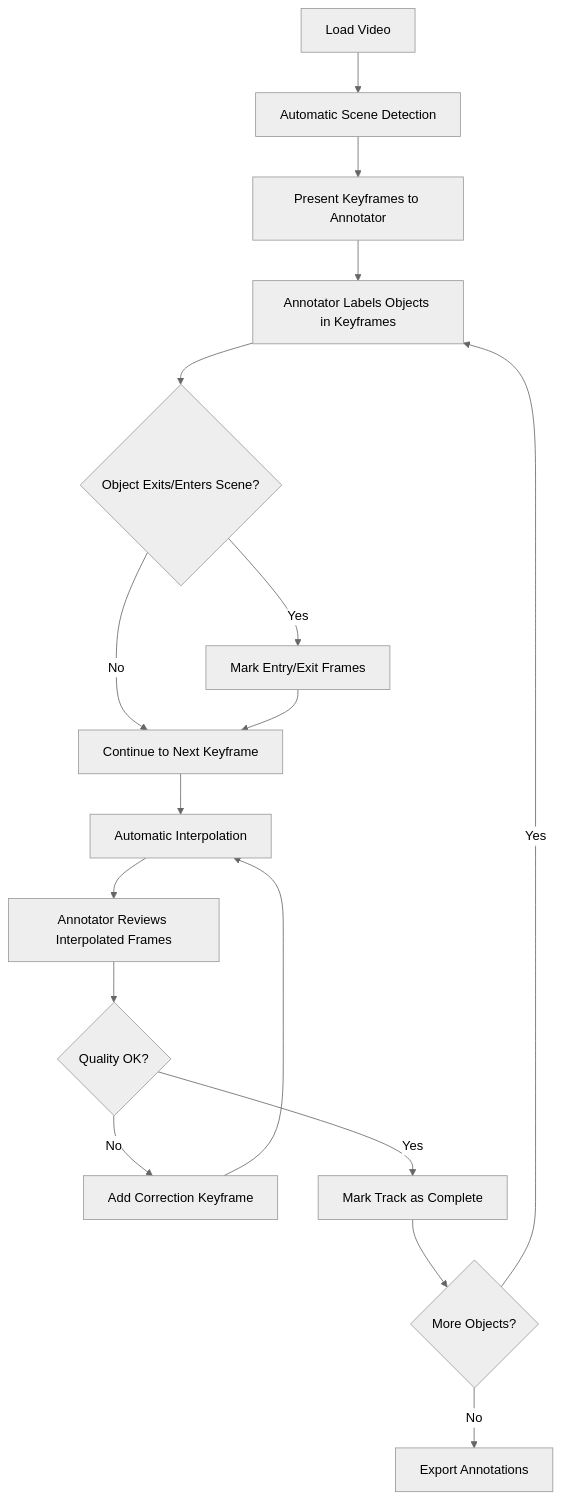
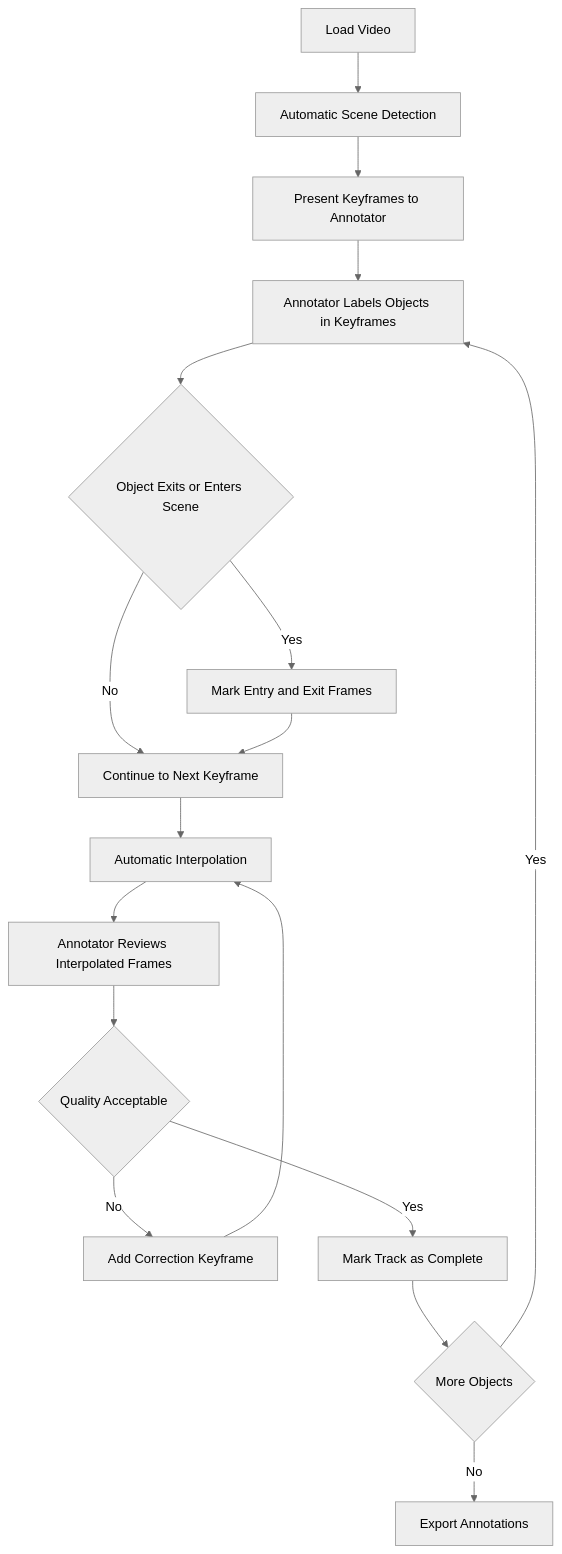
One commit to mikenguyen13/ai_in_action changed the first of 2 diagrams in data_annotation.qmd. Above: the diagram before and after it, drawn with Mermaid (neutral theme). The commit also changed other lines of this file and 52 other files, not shown here.

Commit message:
Fix Mermaid rendering in 22 chapters: remove ampersands and br tags from node labels, move detail to tables

````diff
--- a/data_annotation.qmd
+++ b/data_annotation.qmd
@@ -1082,22 +1082,22 @@
 ```{mermaid}
 %%| label: fig-video-workflow
 %%| fig-cap: "Keyframe-based video annotation workflow"
 
 flowchart TD
-    A[Load Video] --> B[Automatic Scene Detection]
-    B --> C[Present Keyframes to Annotator]
-    C --> D[Annotator Labels Objects in Keyframes]
-    D --> E{Object Exits/Enters Scene?}
-    E -->|Yes| F[Mark Entry/Exit Frames]
-    E -->|No| G[Continue to Next Keyframe]
+    A["Load Video"] --> B["Automatic Scene Detection"]
+    B --> C["Present Keyframes to Annotator"]
+    C --> D["Annotator Labels Objects in Keyframes"]
+    D --> E{"Object Exits or Enters Scene"}
+    E -->|Yes| F["Mark Entry and Exit Frames"]
+    E -->|No| G["Continue to Next Keyframe"]
     F --> G
-    G --> H[Automatic Interpolation]
-    H --> I[Annotator Reviews Interpolated Frames]
-    I --> J{Quality OK?}
-    J -->|No| K[Add Correction Keyframe]
+    G --> H["Automatic Interpolation"]
+    H --> I["Annotator Reviews Interpolated Frames"]
+    I --> J{"Quality Acceptable"}
+    J -->|No| K["Add Correction Keyframe"]
     K --> H
-    J -->|Yes| L[Mark Track as Complete]
-    L --> M{More Objects?}
+    J -->|Yes| L["Mark Track as Complete"]
+    L --> M{"More Objects"}
     M -->|Yes| D
-    M -->|No| N[Export Annotations]
+    M -->|No| N["Export Annotations"]
 ```
````
